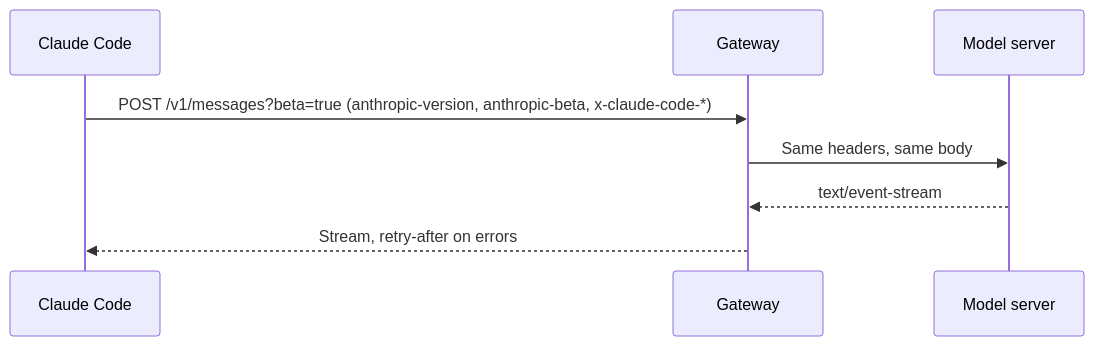
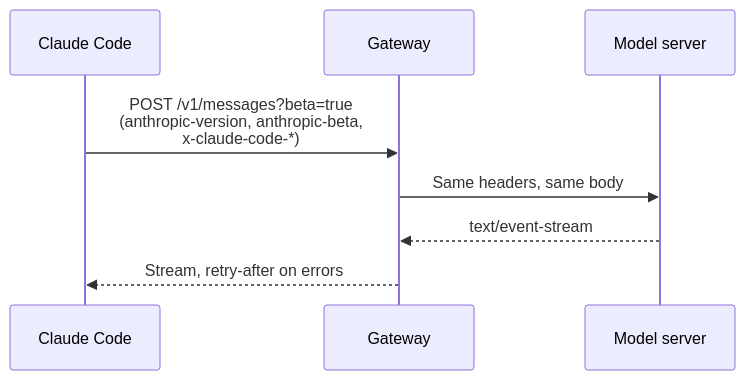
One commit to xsyetopz/claude-code-docs changed the diagram in docs/reference/api/endpoints.md. Above: the diagram before and after it, drawn with Mermaid. The commit also changed 19 other files, not shown here.

Commit message:
docs: split diagrams that overflow at 1280px

````diff
--- a/docs/reference/api/endpoints.md
+++ b/docs/reference/api/endpoints.md
@@ -113,10 +113,10 @@
 ```mermaid
 sequenceDiagram
   participant C as Claude Code
   participant G as Gateway
   participant M as Model server
-  C->>G: POST /v1/messages?beta=true (anthropic-version, anthropic-beta, x-claude-code-*)
+  C->>G: POST /v1/messages?beta=true<br/>(anthropic-version, anthropic-beta,<br/>x-claude-code-*)
   G->>M: Same headers, same body
   M-->>G: text/event-stream
   G-->>C: Stream, retry-after on errors
 ```
````
